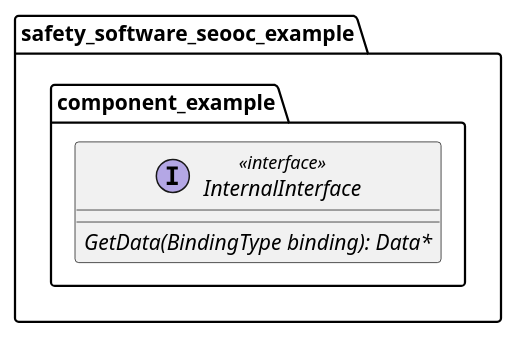
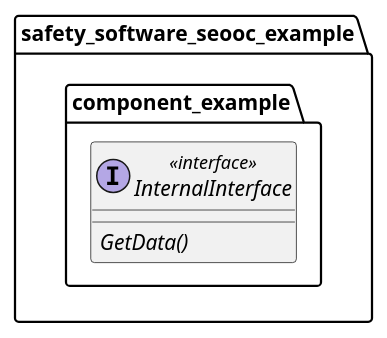
The diagram in bazel/rules/rules_score/docs/_assets/SeoocExample_InternalApi.puml (eclipse-score/tooling), drawn with PlantUML before and after one commit. The commit also changed 31 other files, not shown here.

```diff
--- a/bazel/rules/rules_score/docs/_assets/SeoocExample_InternalApi.puml
+++ b/bazel/rules/rules_score/docs/_assets/SeoocExample_InternalApi.puml
@@ -14,11 +14,11 @@
 @startuml SeoocExample_InternalApi
 
 namespace safety_software_seooc_example {
   namespace component_example {
     interface "InternalInterface" as InternalInterface <<interface>>{
-      {abstract} GetData(BindingType binding): Data*
+      {abstract} GetData()
     }
   }
 }
 
 @enduml
```
